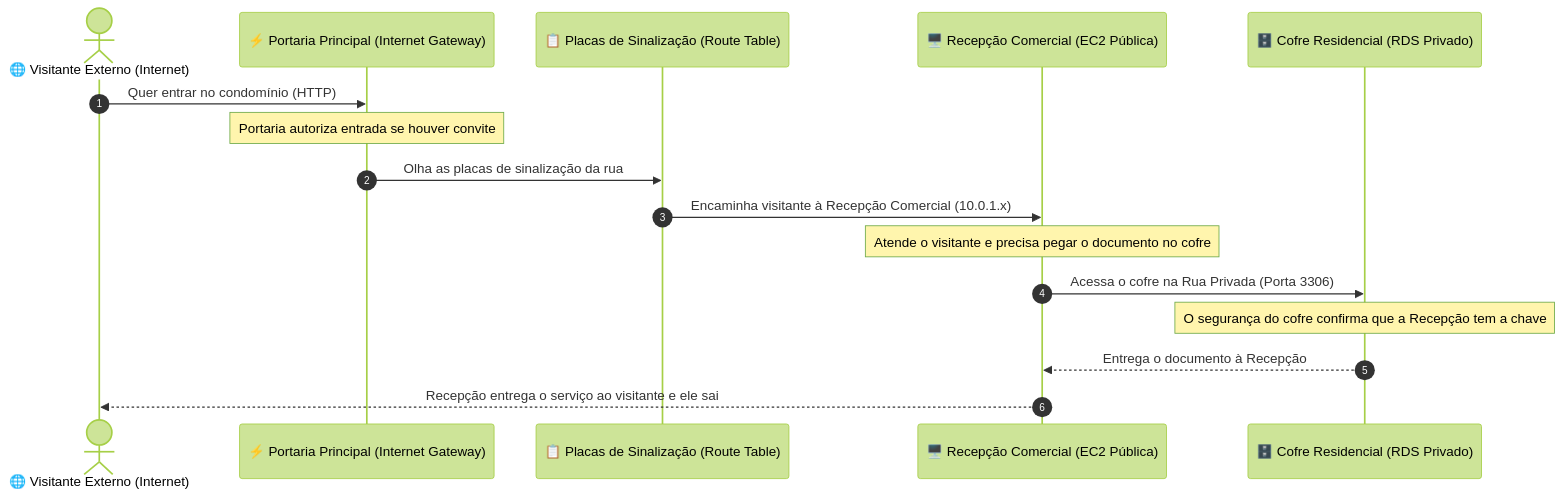
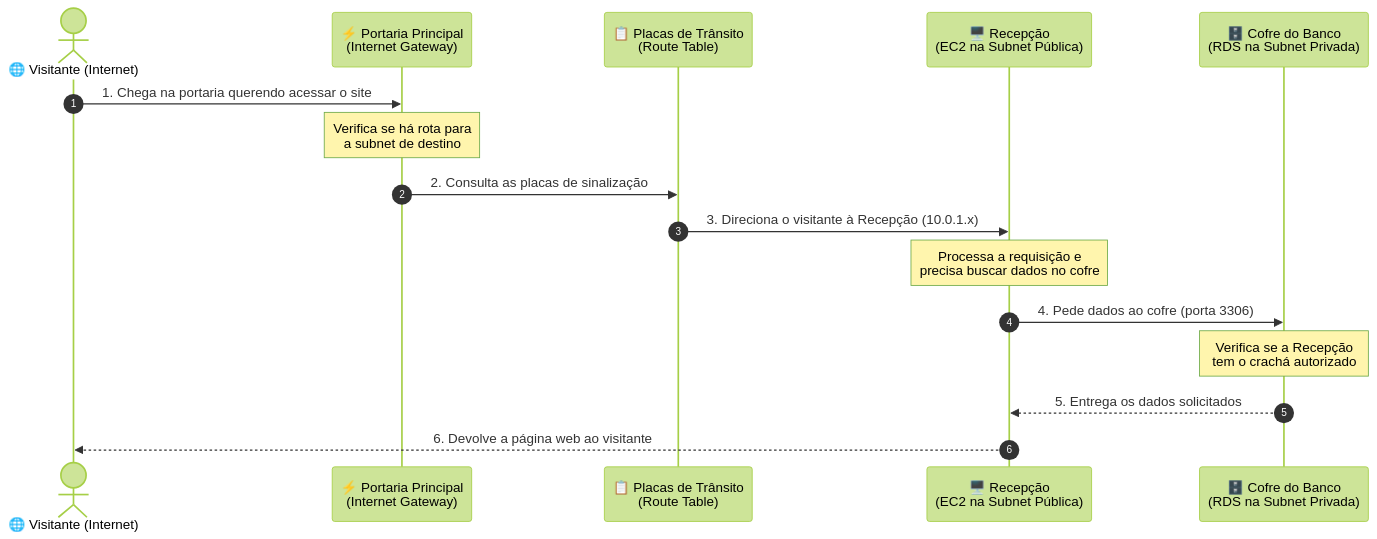
The second of 2 diagrams in content/Aula 13t - Teorica - VPC e Redes na Nuvem.md (rofilho/cloud), drawn with Mermaid (forest theme) before and after one commit. The commit also changed other lines of this file, not shown here.

````diff
--- a/content/Aula 13t - Teorica - VPC e Redes na Nuvem.md
+++ b/content/Aula 13t - Teorica - VPC e Redes na Nuvem.md
@@ -130,19 +181,19 @@
 ```mermaid
 sequenceDiagram
     autonumber
-    actor Cliente as 🌐 Visitante Externo (Internet)
-    participant IGW as ⚡ Portaria Principal (Internet Gateway)
-    participant RT as 📋 Placas de Sinalização (Route Table)
-    participant EC2 as 🖥️ Recepção Comercial (EC2 Pública)
-    participant RDS as 🗄️ Cofre Residencial (RDS Privado)
+    actor Cliente as 🌐 Visitante (Internet)
+    participant IGW as ⚡ Portaria Principal<br/>(Internet Gateway)
+    participant RT as 📋 Placas de Trânsito<br/>(Route Table)
+    participant EC2 as 🖥️ Recepção<br/>(EC2 na Subnet Pública)
+    participant RDS as 🗄️ Cofre do Banco<br/>(RDS na Subnet Privada)
 
-    Cliente->>IGW: Quer entrar no condomínio (HTTP)
-    Note over IGW: Portaria autoriza entrada se houver convite
-    IGW->>RT: Olha as placas de sinalização da rua
-    RT->>EC2: Encaminha visitante à Recepção Comercial (10.0.1.x)
-    Note over EC2: Atende o visitante e precisa pegar o documento no cofre
-    EC2->>RDS: Acessa o cofre na Rua Privada (Porta 3306)
-    Note over RDS: O segurança do cofre confirma que a Recepção tem a chave
-    RDS-->>EC2: Entrega o documento à Recepção
-    EC2-->>Cliente: Recepção entrega o serviço ao visitante e ele sai
+    Cliente->>IGW: 1. Chega na portaria querendo acessar o site
+    Note over IGW: Verifica se há rota para<br/>a subnet de destino
+    IGW->>RT: 2. Consulta as placas de sinalização
+    RT->>EC2: 3. Direciona o visitante à Recepção (10.0.1.x)
+    Note over EC2: Processa a requisição e<br/>precisa buscar dados no cofre
+    EC2->>RDS: 4. Pede dados ao cofre (porta 3306)
+    Note over RDS: Verifica se a Recepção<br/>tem o crachá autorizado
+    RDS-->>EC2: 5. Entrega os dados solicitados
+    EC2-->>Cliente: 6. Devolve a página web ao visitante
 ```
````
